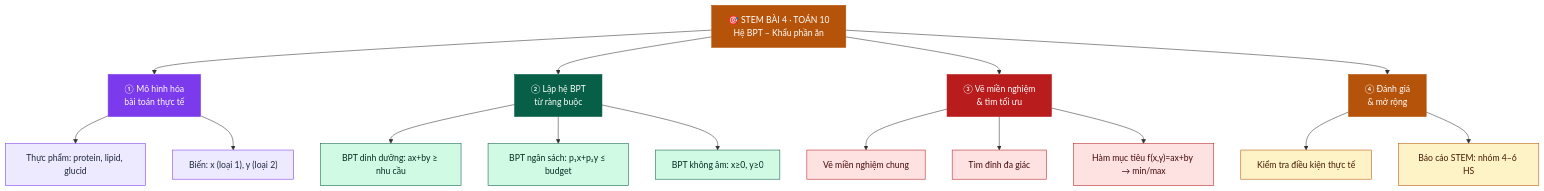
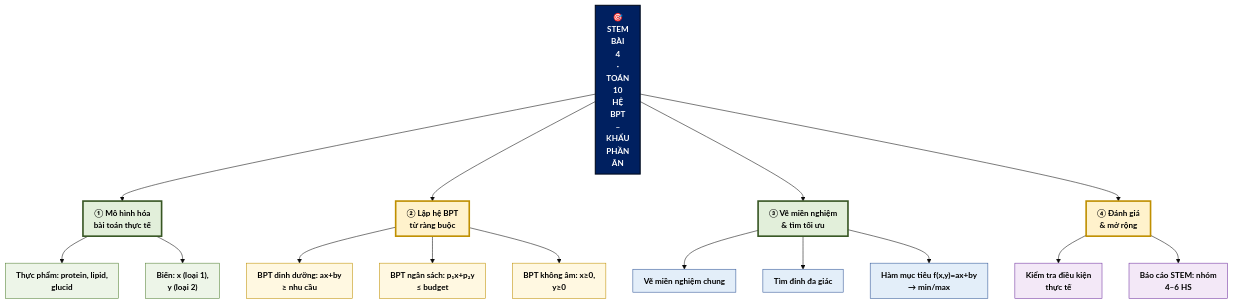
One commit to Trangtu66/Taode_thi_online changed the eighth of 30 diagrams in README.md. Above: the diagram before and after it, drawn with Mermaid. The commit also changed other lines of this file and 299 other files, not shown here.

````diff
--- a/README.md
+++ b/README.md
@@ -292,32 +329,35 @@
 ```mermaid
+%%{init: {"theme": "base", "htmlLabels": true, "flowchart": {"htmlLabels": true, "padding": 10, "curve": "basis"}, "themeVariables": {"fontSize": "15px"}}}%%
 graph TD
-    G["🎯 STEM BÀI 4 · TOÁN 10<br/>Hệ BPT – Khẩu phần ăn"]:::root
+    G["🎯<BR/>STEM<BR/>BÀI<BR/>4<BR/>·<BR/>TOÁN<BR/>10<BR/>HỆ<BR/>BPT<BR/>–<BR/>KHẨU<BR/>PHẦN<BR/>ĂN"]:::root
     G --> A["① Mô hình hóa<br/>bài toán thực tế"]:::n1
     G --> B["② Lập hệ BPT<br/>từ ràng buộc"]:::n2
     G --> C["③ Vẽ miền nghiệm<br/>& tìm tối ưu"]:::n3
     G --> D["④ Đánh giá<br/>& mở rộng"]:::n4
 
-    A --> A1["Thực phẩm: protein, lipid, glucid"]:::l1
-    A --> A2["Biến: x (loại 1), y (loại 2)"]:::l1
+    A --> A1["Thực phẩm: protein, lipid,<br/>glucid"]:::l1
+    A --> A2["Biến: x (loại 1),<br/>y (loại 2)"]:::l1
 
-    B --> B1["BPT dinh dưỡng: ax+by ≥ nhu cầu"]:::l2
-    B --> B2["BPT ngân sách: p₁x+p₂y ≤ budget"]:::l2
-    B --> B3["BPT không âm: x≥0, y≥0"]:::l2
+    B --> B1["BPT dinh dưỡng: ax+by<br/>≥ nhu cầu"]:::l2
+    B --> B2["BPT ngân sách: p₁x+p₂y<br/>≤ budget"]:::l2
+    B --> B3["BPT không âm: x≥0,<br/>y≥0"]:::l2
 
     C --> C1["Vẽ miền nghiệm chung"]:::l3
     C --> C2["Tìm đỉnh đa giác"]:::l3
-    C --> C3["Hàm mục tiêu f(x,y)=ax+by → min/max"]:::l3
+    C --> C3["Hàm mục tiêu f(x,y)=ax+by<br/>→ min/max"]:::l3
 
-    D --> D1["Kiểm tra điều kiện thực tế"]:::l4
-    D --> D2["Báo cáo STEM: nhóm 4–6 HS"]:::l4
+    D --> D1["Kiểm tra điều kiện<br/>thực tế"]:::l4
+    D --> D2["Báo cáo STEM: nhóm<br/>4–6 HS"]:::l4
 
-    classDef root fill:#B45309,color:#fff,stroke:#B45309
-    classDef n1 fill:#7C3AED,color:#fff,stroke:#7C3AED
-    classDef n2 fill:#065F46,color:#fff,stroke:#065F46
-    classDef n3 fill:#B91C1C,color:#fff,stroke:#B91C1C
-    classDef n4 fill:#B45309,color:#fff,stroke:#B45309
-    classDef l1 fill:#EDE9FE,color:#1E293B,stroke:#7C3AED
-    classDef l2 fill:#D1FAE5,color:#022c22,stroke:#065F46
-    classDef l3 fill:#FEE2E2,color:#450a0a,stroke:#B91C1C
-    classDef l4 fill:#FEF3C7,color:#451a03,stroke:#B45309
+    classDef root fill:#002060,color:#FFFFFF,stroke:#000B1E,stroke-width:2px,font-weight:bold
+    classDef n1 fill:#E2EFDA,color:#000000,stroke:#375623,stroke-width:3px,font-weight:bold
+    classDef n2 fill:#FFF2CC,color:#000000,stroke:#BF8F00,stroke-width:3px,font-weight:bold
+    classDef n3 fill:#E2EFDA,color:#000000,stroke:#375623,stroke-width:3px,font-weight:bold
+    classDef n4 fill:#FFF2CC,color:#000000,stroke:#BF8F00,stroke-width:3px,font-weight:bold
+    classDef n5 fill:#E2EFDA,color:#000000,stroke:#375623,stroke-width:3px,font-weight:bold
+    classDef l1 fill:#EDF5E8,color:#000000,stroke:#548235
+    classDef l2 fill:#FFF8E1,color:#000000,stroke:#BF8F00
+    classDef l3 fill:#E3EEF9,color:#000000,stroke:#2F5597
+    classDef l4 fill:#F3E8F7,color:#000000,stroke:#7030A0
+    classDef l5 fill:#FDE9E1,color:#000000,stroke:#C55A11
 ```
````
